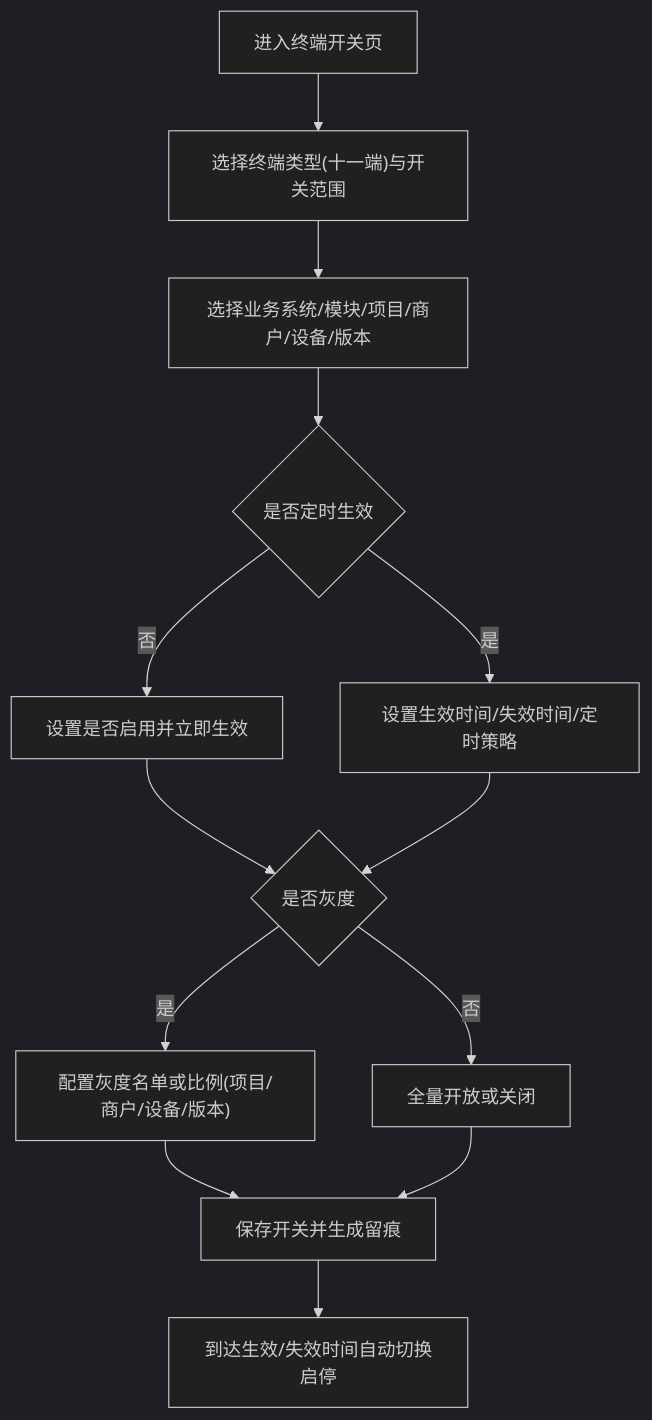
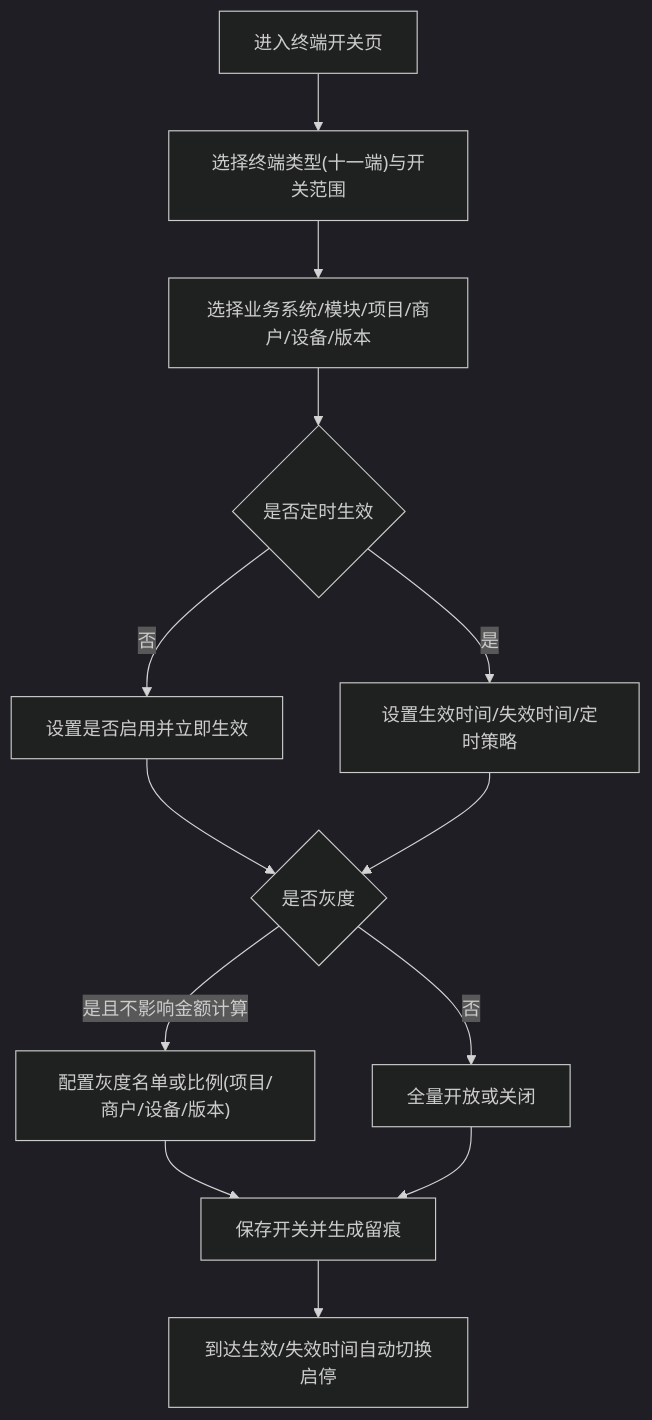
Before and after one commit to jxh1979/mall: diagram 18 of 19 in docs/platform-governance-product-spec-v0.2.md, drawn with Mermaid (dark theme). The commit also changed other lines of this file and 8 other files, not shown here.

````diff
--- a/docs/platform-governance-product-spec-v0.2.md
+++ b/docs/platform-governance-product-spec-v0.2.md
@@ -2198,15 +2200,15 @@
 ```mermaid
 flowchart TD
     A["进入终端开关页"] --> B["选择终端类型(十一端)与开关范围"]
     B --> C["选择业务系统/模块/项目/商户/设备/版本"]
     C --> D{"是否定时生效"}
     D -- "否" --> E["设置是否启用并立即生效"]
     D -- "是" --> F["设置生效时间/失效时间/定时策略"]
     E --> G{"是否灰度"}
     F --> G
-    G -- "是" --> H["配置灰度名单或比例(项目/商户/设备/版本)"]
+    G -- "是且不影响金额计算" --> H["配置灰度名单或比例(项目/商户/设备/版本)"]
     G -- "否" --> I["全量开放或关闭"]
     H --> J["保存开关并生成留痕"]
     I --> J
     J --> K["到达生效/失效时间自动切换启停"]
 ```
````
